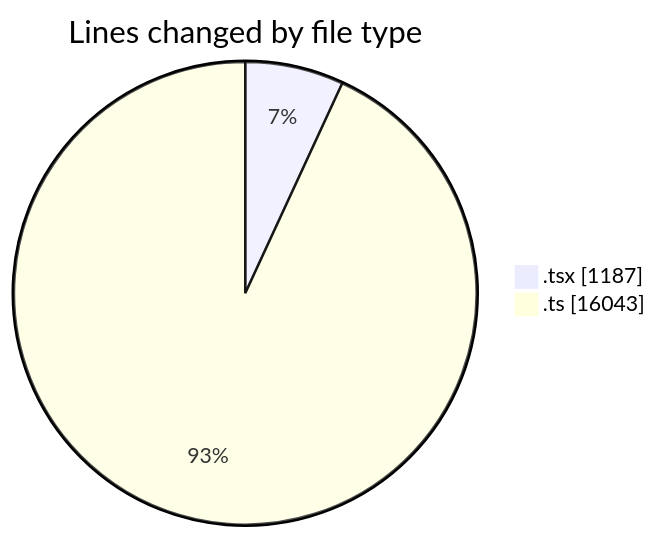
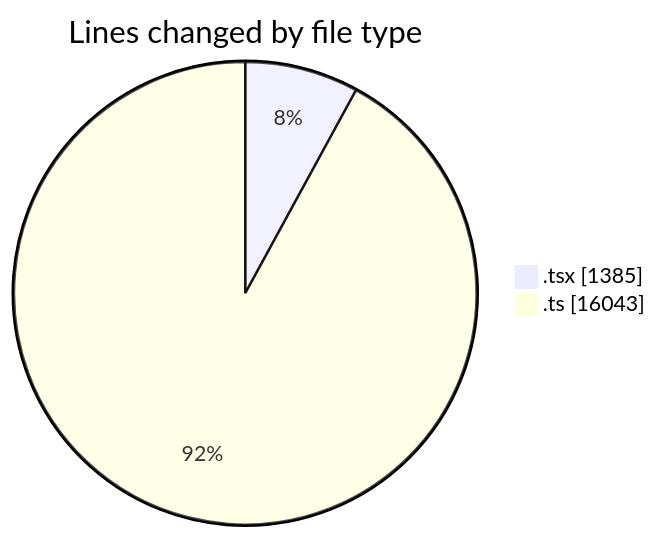
The first of 2 diagrams in 2025-07-07/cda/README.md (momahboobian/code-tracking), drawn with Mermaid before and after one commit. The commit also changed other lines of this file and 1 other file, not shown here.

````diff
--- a/2025-07-07/cda/README.md
+++ b/2025-07-07/cda/README.md
@@ -25,6 +26,6 @@
 ```mermaid
 pie showData
 title Lines changed by file type
-".tsx" : 1187
+".tsx" : 1385
 ".ts" : 16043
 ```
````
